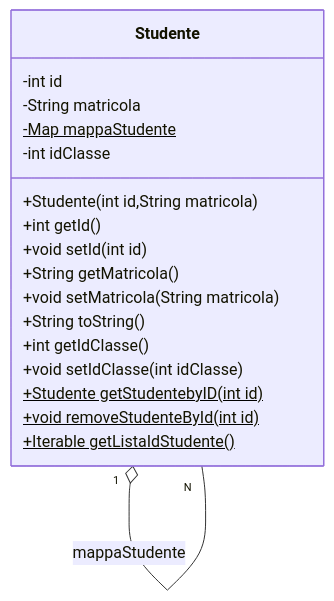
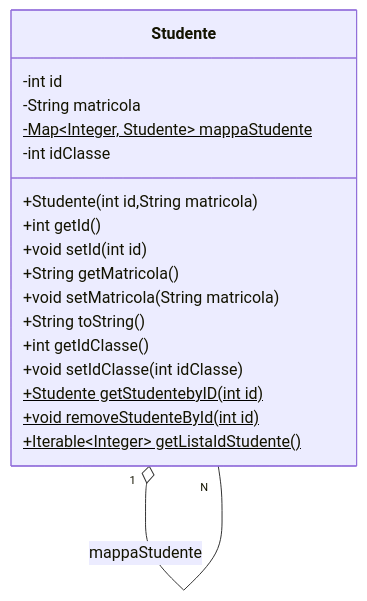
One commit to ApreaMarco/NoLista changed the fourth of 4 diagrams in README.MD. Above: the diagram before and after it, drawn with Mermaid. The commit also changed other lines of this file, not shown here.

````diff
--- a/README.MD
+++ b/README.MD
@@ -65,21 +65,21 @@
 ```mermaid
 classDiagram
 class Studente {
     -int id
     -String matricola
-    -Map<Integer, Studente> mappaStudente$
+    -Map~Integer, Studente~ mappaStudente$
     -int idClasse
     +Studente(int id,String matricola)
     +int getId()
     +void setId(int id)
     +String getMatricola()
     +void setMatricola(String matricola)
     +String toString()
     +int getIdClasse()
     +void setIdClasse(int idClasse)
     +Studente getStudentebyID(int id)$
     +void removeStudenteById(int id)$
-    +Iterable<Integer> getListaIdStudente()$
+    +Iterable~Integer~ getListaIdStudente()$
 }
 Studente "1" o-- "N" Studente : mappaStudente
 ```
````
